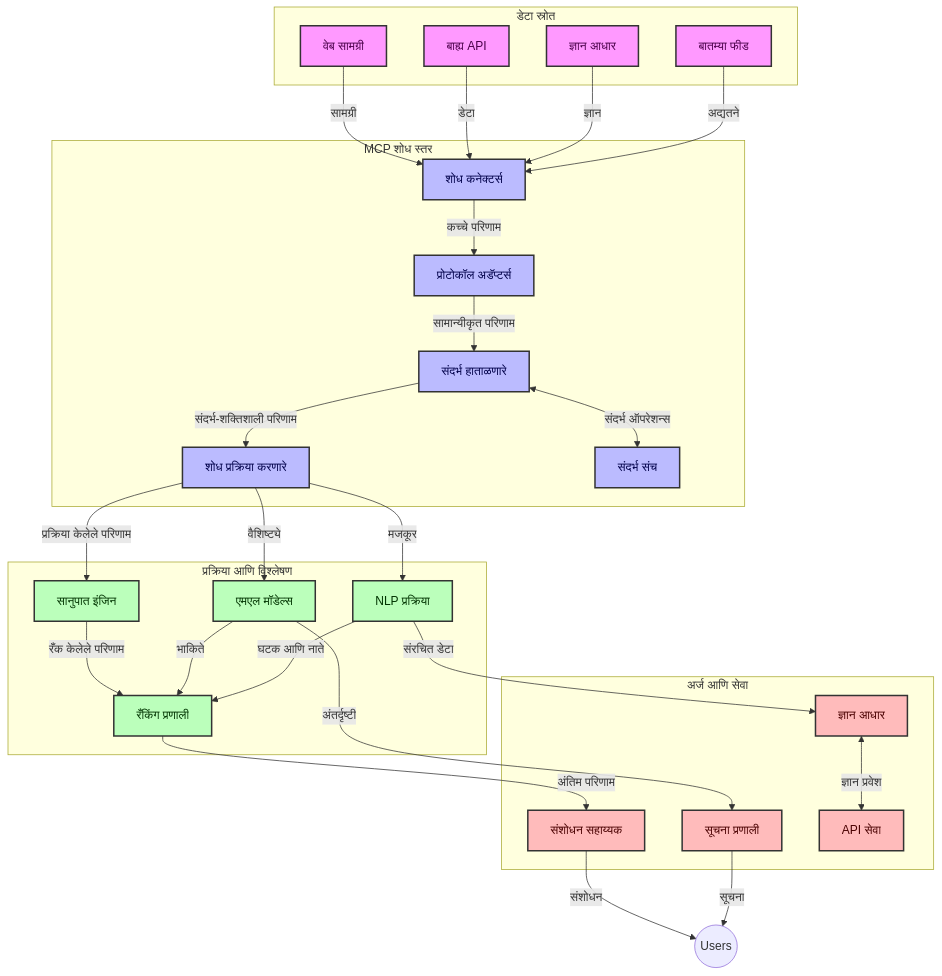
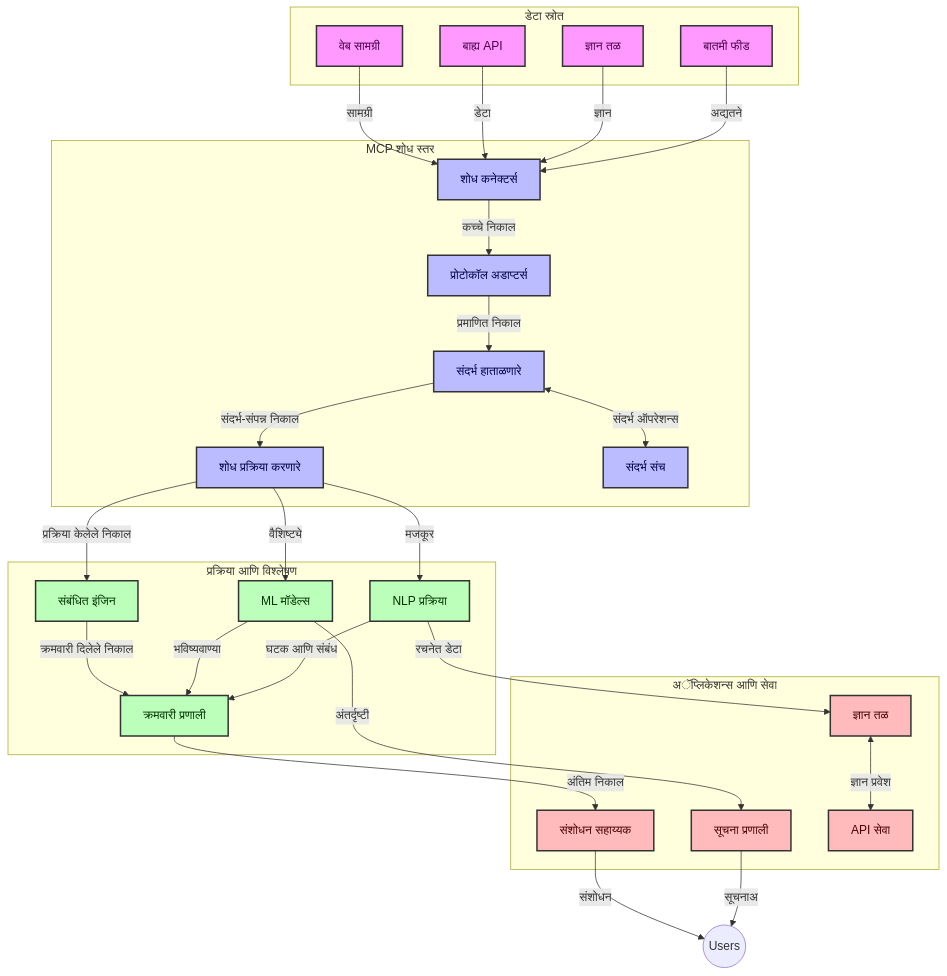
Before and after one commit to microsoft/mcp-for-beginners: the first of 4 diagrams in translations/mr/05-AdvancedTopics/mcp-realtimesearch/README.md, drawn with Mermaid. The commit also changed other lines of this file and 118 other files, not shown here.

````diff
--- a/translations/mr/05-AdvancedTopics/mcp-realtimesearch/README.md
+++ b/translations/mr/05-AdvancedTopics/mcp-realtimesearch/README.md
@@ -109,66 +109,66 @@
 ```mermaid
 graph TD
     subgraph "डेटा स्रोत"
         Web[वेब सामग्री]
         APIs[बाह्य API]
-        DB[ज्ञान आधार]
-        News[बातम्या फीड]
+        DB[ज्ञान तळ]
+        News[बातमी फीड]
     end
 
     subgraph "MCP शोध स्तर"
         SC[शोध कनेक्टर्स]
-        PA[प्रोटोकॉल अडॅप्टर्स]
+        PA[प्रोटोकॉल अडाप्टर्स]
         CH[संदर्भ हाताळणारे]
         SP[शोध प्रक्रिया करणारे]
         CS[संदर्भ संच]
     end
 
     subgraph "प्रक्रिया आणि विश्लेषण"
-        RE[सानुपात इंजिन]
-        ML[एमएल मॉडेल्स]
+        RE[संबंधित इंजिन]
+        ML[ML मॉडेल्स]
         NLP[NLP प्रक्रिया]
-        Rank[रँकिंग प्रणाली]
+        Rank[क्रमवारी प्रणाली]
     end
 
-    subgraph "अर्ज आणि सेवा"
+    subgraph "अॅप्लिकेशन्स आणि सेवा"
         RA[संशोधन सहाय्यक]
         Alerts[सूचना प्रणाली]
-        KB[ज्ञान आधार]
+        KB[ज्ञान तळ]
         API[API सेवा]
     end
 
     Web -->|सामग्री| SC
     APIs -->|डेटा| SC
     DB -->|ज्ञान| SC
     News -->|अद्यतने| SC
     
-    SC -->|कच्चे परिणाम| PA
-    PA -->|सामान्यीकृत परिणाम| CH
+    SC -->|कच्चे निकाल| PA
+    PA -->|प्रमाणित निकाल| CH
     CH <-->|संदर्भ ऑपरेशन्स| CS
-    CH -->|संदर्भ-शक्तिशाली परिणाम| SP
-    SP -->|प्रक्रिया केलेले परिणाम| RE
+    CH -->|संदर्भ-संपन्न निकाल| SP
+    SP -->|प्रक्रिया केलेले निकाल| RE
     SP -->|वैशिष्ट्ये| ML
     SP -->|मजकूर| NLP
     
-    RE -->|रँक केलेले परिणाम| Rank
-    ML -->|भाकिते| Rank
-    NLP -->|घटक आणि नाते| Rank
+    RE -->|क्रमवारी दिलेले निकाल| Rank
+    ML -->|भविष्यवाण्या| Rank
+    NLP -->|घटक आणि संबंध| Rank
     
-    Rank -->|अंतिम परिणाम| RA
+    Rank -->|अंतिम निकाल| RA
     ML -->|अंतर्दृष्टी| Alerts
-    NLP -->|संरचित डेटा| KB
+    NLP -->|रचनेत डेटा| KB
     
     RA -->|संशोधन| Users((Users))
-    Alerts -->|सूचना| Users
+    Alerts -->|सूचनाअ| Users
     KB <-->|ज्ञान प्रवेश| API
 
     classDef sources fill:#f9f,stroke:#333,stroke-width:2px,color:#4a004a
     classDef mcp fill:#bbf,stroke:#333,stroke-width:2px,color:#00004a
     classDef processing fill:#bfb,stroke:#333,stroke-width:2px,color:#003300
     classDef apps fill:#fbb,stroke:#333,stroke-width:2px,color:#4a0000
     
     class Web,APIs,DB,News sources
     class SC,PA,CH,SP,CS mcp
     class RE,ML,NLP,Rank processing
     class RA,Alerts,KB,API apps
 ```
````
